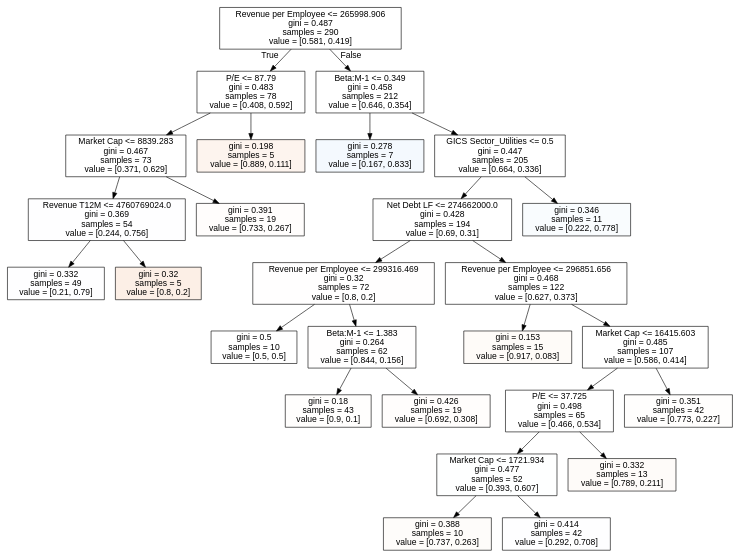
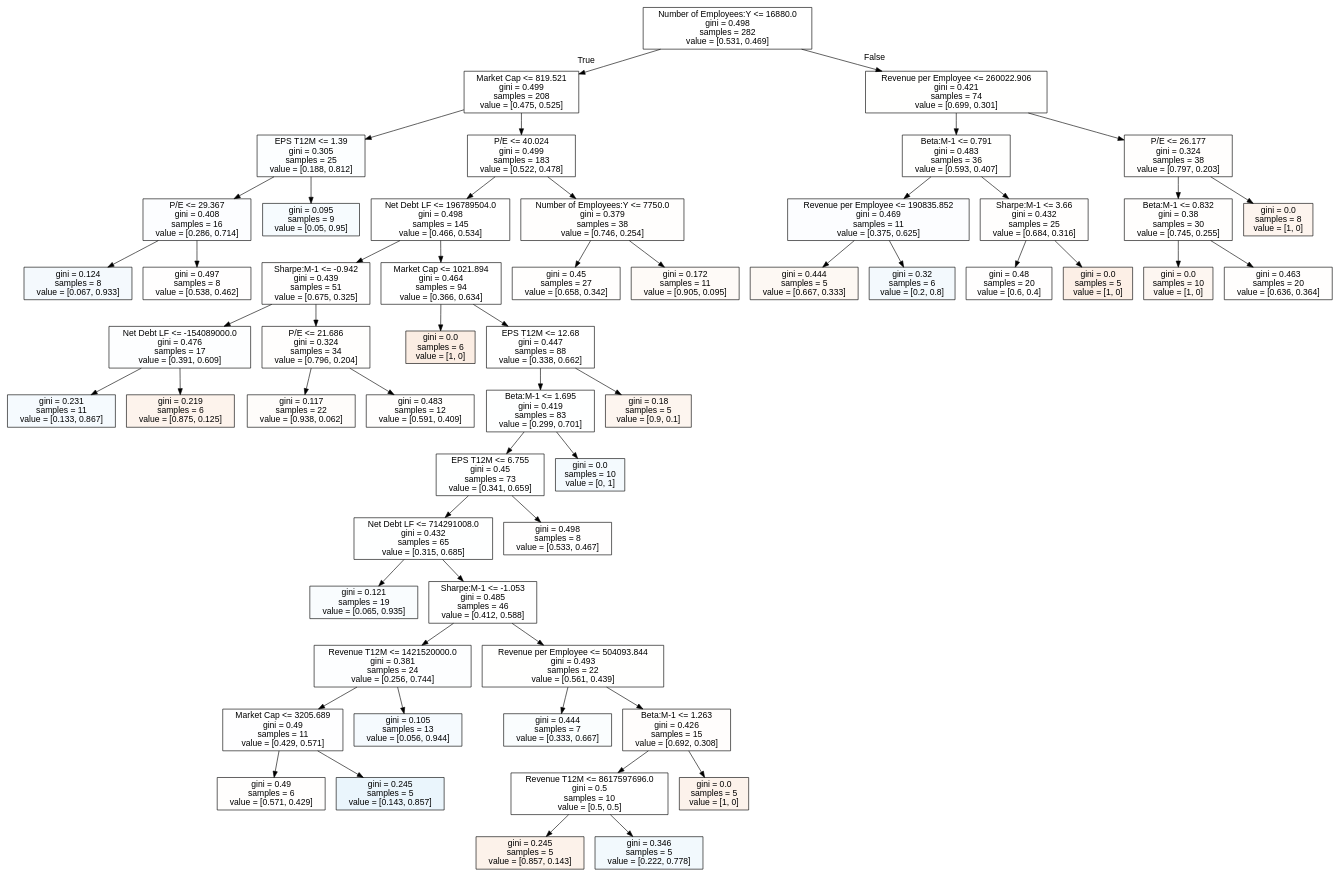
Before and after one commit to luca1308/Investigating_periods_of_increasing_interest_rates_for_the_S-P_1500: the diagram in trees/all_tree.dot, drawn with Graphviz. The commit also changed 106 other files, not shown here.

```diff
--- a/trees/all_tree.dot
+++ b/trees/all_tree.dot
@@ -1,57 +1,113 @@
 digraph Tree {
 node [shape=box, style="filled", color="black", fontname="helvetica"] ;
 edge [fontname="helvetica"] ;
-0 [label="Revenue per Employee <= 265998.906\ngini = 0.487\nsamples = 290\nvalue = [0.581, 0.419]", fillcolor="#ffffff"] ;
-1 [label="P/E <= 87.79\ngini = 0.483\nsamples = 78\nvalue = [0.408, 0.592]", fillcolor="#ffffff"] ;
+0 [label="Number of Employees:Y <= 16880.0\ngini = 0.498\nsamples = 282\nvalue = [0.531, 0.469]", fillcolor="#ffffff"] ;
+1 [label="Market Cap <= 819.521\ngini = 0.499\nsamples = 208\nvalue = [0.475, 0.525]", fillcolor="#ffffff"] ;
 0 -> 1 [labeldistance=2.5, labelangle=45, headlabel="True"] ;
-7 [label="Market Cap <= 8839.283\ngini = 0.467\nsamples = 73\nvalue = [0.371, 0.629]", fillcolor="#ffffff"] ;
-1 -> 7 ;
-9 [label="Revenue T12M <= 4760769024.0\ngini = 0.369\nsamples = 54\nvalue = [0.244, 0.756]", fillcolor="#fefeff"] ;
-7 -> 9 ;
-21 [label="gini = 0.332\nsamples = 49\nvalue = [0.21, 0.79]", fillcolor="#fefeff"] ;
-9 -> 21 ;
-22 [label="gini = 0.32\nsamples = 5\nvalue = [0.8, 0.2]", fillcolor="#fcefe6"] ;
-9 -> 22 ;
-10 [label="gini = 0.391\nsamples = 19\nvalue = [0.733, 0.267]", fillcolor="#fffdfc"] ;
-7 -> 10 ;
-8 [label="gini = 0.198\nsamples = 5\nvalue = [0.889, 0.111]", fillcolor="#fdf4ee"] ;
-1 -> 8 ;
-2 [label="Beta:M-1 <= 0.349\ngini = 0.458\nsamples = 212\nvalue = [0.646, 0.354]", fillcolor="#ffffff"] ;
+3 [label="EPS T12M <= 1.39\ngini = 0.305\nsamples = 25\nvalue = [0.188, 0.812]", fillcolor="#fcfeff"] ;
+1 -> 3 ;
+31 [label="P/E <= 29.367\ngini = 0.408\nsamples = 16\nvalue = [0.286, 0.714]", fillcolor="#fcfdff"] ;
+3 -> 31 ;
+33 [label="gini = 0.124\nsamples = 8\nvalue = [0.067, 0.933]", fillcolor="#f4f9fd"] ;
+31 -> 33 ;
+34 [label="gini = 0.497\nsamples = 8\nvalue = [0.538, 0.462]", fillcolor="#fffefe"] ;
+31 -> 34 ;
+32 [label="gini = 0.095\nsamples = 9\nvalue = [0.05, 0.95]", fillcolor="#f6fbfe"] ;
+3 -> 32 ;
+4 [label="P/E <= 40.024\ngini = 0.499\nsamples = 183\nvalue = [0.522, 0.478]", fillcolor="#ffffff"] ;
+1 -> 4 ;
+5 [label="Net Debt LF <= 196789504.0\ngini = 0.498\nsamples = 145\nvalue = [0.466, 0.534]", fillcolor="#ffffff"] ;
+4 -> 5 ;
+7 [label="Sharpe:M-1 <= -0.942\ngini = 0.439\nsamples = 51\nvalue = [0.675, 0.325]", fillcolor="#fffefe"] ;
+5 -> 7 ;
+13 [label="Net Debt LF <= -154089000.0\ngini = 0.476\nsamples = 17\nvalue = [0.391, 0.609]", fillcolor="#fdfeff"] ;
+7 -> 13 ;
+15 [label="gini = 0.231\nsamples = 11\nvalue = [0.133, 0.867]", fillcolor="#f5fafe"] ;
+13 -> 15 ;
+16 [label="gini = 0.219\nsamples = 6\nvalue = [0.875, 0.125]", fillcolor="#fdf3ec"] ;
+13 -> 16 ;
+14 [label="P/E <= 21.686\ngini = 0.324\nsamples = 34\nvalue = [0.796, 0.204]", fillcolor="#fffefd"] ;
+7 -> 14 ;
+19 [label="gini = 0.117\nsamples = 22\nvalue = [0.938, 0.062]", fillcolor="#fefcfa"] ;
+14 -> 19 ;
+20 [label="gini = 0.483\nsamples = 12\nvalue = [0.591, 0.409]", fillcolor="#fffefd"] ;
+14 -> 20 ;
+8 [label="Market Cap <= 1021.894\ngini = 0.464\nsamples = 94\nvalue = [0.366, 0.634]", fillcolor="#ffffff"] ;
+5 -> 8 ;
+9 [label="gini = 0.0\nsamples = 6\nvalue = [1, 0]", fillcolor="#fbede3"] ;
+8 -> 9 ;
+10 [label="EPS T12M <= 12.68\ngini = 0.447\nsamples = 88\nvalue = [0.338, 0.662]", fillcolor="#ffffff"] ;
+8 -> 10 ;
+11 [label="Beta:M-1 <= 1.695\ngini = 0.419\nsamples = 83\nvalue = [0.299, 0.701]", fillcolor="#feffff"] ;
+10 -> 11 ;
+17 [label="EPS T12M <= 6.755\ngini = 0.45\nsamples = 73\nvalue = [0.341, 0.659]", fillcolor="#feffff"] ;
+11 -> 17 ;
+35 [label="Net Debt LF <= 714291008.0\ngini = 0.432\nsamples = 65\nvalue = [0.315, 0.685]", fillcolor="#feffff"] ;
+17 -> 35 ;
+37 [label="gini = 0.121\nsamples = 19\nvalue = [0.065, 0.935]", fillcolor="#f9fcfe"] ;
+35 -> 37 ;
+38 [label="Sharpe:M-1 <= -1.053\ngini = 0.485\nsamples = 46\nvalue = [0.412, 0.588]", fillcolor="#ffffff"] ;
+35 -> 38 ;
+39 [label="Revenue T12M <= 1421520000.0\ngini = 0.381\nsamples = 24\nvalue = [0.256, 0.744]", fillcolor="#fdfeff"] ;
+38 -> 39 ;
+41 [label="Market Cap <= 3205.689\ngini = 0.49\nsamples = 11\nvalue = [0.429, 0.571]", fillcolor="#fefeff"] ;
+39 -> 41 ;
+49 [label="gini = 0.49\nsamples = 6\nvalue = [0.571, 0.429]", fillcolor="#fffefd"] ;
+41 -> 49 ;
+50 [label="gini = 0.245\nsamples = 5\nvalue = [0.143, 0.857]", fillcolor="#eaf5fc"] ;
+41 -> 50 ;
+42 [label="gini = 0.105\nsamples = 13\nvalue = [0.056, 0.944]", fillcolor="#f5fafe"] ;
+39 -> 42 ;
+40 [label="Revenue per Employee <= 504093.844\ngini = 0.493\nsamples = 22\nvalue = [0.561, 0.439]", fillcolor="#fffffe"] ;
+38 -> 40 ;
+43 [label="gini = 0.444\nsamples = 7\nvalue = [0.333, 0.667]", fillcolor="#fafdfe"] ;
+40 -> 43 ;
+44 [label="Beta:M-1 <= 1.263\ngini = 0.426\nsamples = 15\nvalue = [0.692, 0.308]", fillcolor="#fffdfc"] ;
+40 -> 44 ;
+45 [label="Revenue T12M <= 8617597696.0\ngini = 0.5\nsamples = 10\nvalue = [0.5, 0.5]", fillcolor="#ffffff"] ;
+44 -> 45 ;
+47 [label="gini = 0.245\nsamples = 5\nvalue = [0.857, 0.143]", fillcolor="#fcf2ea"] ;
+45 -> 47 ;
+48 [label="gini = 0.346\nsamples = 5\nvalue = [0.222, 0.778]", fillcolor="#f2f9fd"] ;
+45 -> 48 ;
+46 [label="gini = 0.0\nsamples = 5\nvalue = [1, 0]", fillcolor="#fcf2eb"] ;
+44 -> 46 ;
+36 [label="gini = 0.498\nsamples = 8\nvalue = [0.533, 0.467]", fillcolor="#fffefe"] ;
+17 -> 36 ;
+18 [label="gini = 0.0\nsamples = 10\nvalue = [0, 1]", fillcolor="#f4fafe"] ;
+11 -> 18 ;
+12 [label="gini = 0.18\nsamples = 5\nvalue = [0.9, 0.1]", fillcolor="#fdf5ef"] ;
+10 -> 12 ;
+6 [label="Number of Employees:Y <= 7750.0\ngini = 0.379\nsamples = 38\nvalue = [0.746, 0.254]", fillcolor="#fffefd"] ;
+4 -> 6 ;
+27 [label="gini = 0.45\nsamples = 27\nvalue = [0.658, 0.342]", fillcolor="#fffefd"] ;
+6 -> 27 ;
+28 [label="gini = 0.172\nsamples = 11\nvalue = [0.905, 0.095]", fillcolor="#fefaf7"] ;
+6 -> 28 ;
+2 [label="Revenue per Employee <= 260022.906\ngini = 0.421\nsamples = 74\nvalue = [0.699, 0.301]", fillcolor="#fffffe"] ;
 0 -> 2 [labeldistance=2.5, labelangle=-45, headlabel="False"] ;
-3 [label="gini = 0.278\nsamples = 7\nvalue = [0.167, 0.833]", fillcolor="#f4f9fe"] ;
-2 -> 3 ;
-4 [label="GICS Sector_Utilities <= 0.5\ngini = 0.447\nsamples = 205\nvalue = [0.664, 0.336]", fillcolor="#ffffff"] ;
-2 -> 4 ;
-5 [label="Net Debt LF <= 274662000.0\ngini = 0.428\nsamples = 194\nvalue = [0.69, 0.31]", fillcolor="#ffffff"] ;
-4 -> 5 ;
-11 [label="Revenue per Employee <= 299316.469\ngini = 0.32\nsamples = 72\nvalue = [0.8, 0.2]", fillcolor="#fffefe"] ;
-5 -> 11 ;
-23 [label="gini = 0.5\nsamples = 10\nvalue = [0.5, 0.5]", fillcolor="#ffffff"] ;
-11 -> 23 ;
-24 [label="Beta:M-1 <= 1.383\ngini = 0.264\nsamples = 62\nvalue = [0.844, 0.156]", fillcolor="#fffefe"] ;
-11 -> 24 ;
-25 [label="gini = 0.18\nsamples = 43\nvalue = [0.9, 0.1]", fillcolor="#fffefd"] ;
+21 [label="Beta:M-1 <= 0.791\ngini = 0.483\nsamples = 36\nvalue = [0.593, 0.407]", fillcolor="#fffffe"] ;
+2 -> 21 ;
+23 [label="Revenue per Employee <= 190835.852\ngini = 0.469\nsamples = 11\nvalue = [0.375, 0.625]", fillcolor="#fcfdff"] ;
+21 -> 23 ;
+29 [label="gini = 0.444\nsamples = 5\nvalue = [0.667, 0.333]", fillcolor="#fdf8f3"] ;
+23 -> 29 ;
+30 [label="gini = 0.32\nsamples = 6\nvalue = [0.2, 0.8]", fillcolor="#f3f9fd"] ;
+23 -> 30 ;
+24 [label="Sharpe:M-1 <= 3.66\ngini = 0.432\nsamples = 25\nvalue = [0.684, 0.316]", fillcolor="#fffefd"] ;
+21 -> 24 ;
+25 [label="gini = 0.48\nsamples = 20\nvalue = [0.6, 0.4]", fillcolor="#fffefe"] ;
 24 -> 25 ;
-26 [label="gini = 0.426\nsamples = 19\nvalue = [0.692, 0.308]", fillcolor="#fffdfc"] ;
+26 [label="gini = 0.0\nsamples = 5\nvalue = [1, 0]", fillcolor="#fcefe6"] ;
 24 -> 26 ;
-12 [label="Revenue per Employee <= 296851.656\ngini = 0.468\nsamples = 122\nvalue = [0.627, 0.373]", fillcolor="#ffffff"] ;
-5 -> 12 ;
-13 [label="gini = 0.153\nsamples = 15\nvalue = [0.917, 0.083]", fillcolor="#fefbf8"] ;
-12 -> 13 ;
-14 [label="Market Cap <= 16415.603\ngini = 0.485\nsamples = 107\nvalue = [0.586, 0.414]", fillcolor="#ffffff"] ;
-12 -> 14 ;
-15 [label="P/E <= 37.725\ngini = 0.498\nsamples = 65\nvalue = [0.466, 0.534]", fillcolor="#ffffff"] ;
-14 -> 15 ;
-17 [label="Market Cap <= 1721.934\ngini = 0.477\nsamples = 52\nvalue = [0.393, 0.607]", fillcolor="#feffff"] ;
-15 -> 17 ;
-19 [label="gini = 0.388\nsamples = 10\nvalue = [0.737, 0.263]", fillcolor="#fefcfa"] ;
-17 -> 19 ;
-20 [label="gini = 0.414\nsamples = 42\nvalue = [0.292, 0.708]", fillcolor="#fefeff"] ;
-17 -> 20 ;
-18 [label="gini = 0.332\nsamples = 13\nvalue = [0.789, 0.211]", fillcolor="#fefbf9"] ;
-15 -> 18 ;
-16 [label="gini = 0.351\nsamples = 42\nvalue = [0.773, 0.227]", fillcolor="#fffefd"] ;
-14 -> 16 ;
-6 [label="gini = 0.346\nsamples = 11\nvalue = [0.222, 0.778]", fillcolor="#f9fcfe"] ;
-4 -> 6 ;
+22 [label="P/E <= 26.177\ngini = 0.324\nsamples = 38\nvalue = [0.797, 0.203]", fillcolor="#fffefd"] ;
+2 -> 22 ;
+51 [label="Beta:M-1 <= 0.832\ngini = 0.38\nsamples = 30\nvalue = [0.745, 0.255]", fillcolor="#fffefd"] ;
+22 -> 51 ;
+53 [label="gini = 0.0\nsamples = 10\nvalue = [1, 0]", fillcolor="#fdf6f1"] ;
+51 -> 53 ;
+54 [label="gini = 0.463\nsamples = 20\nvalue = [0.636, 0.364]", fillcolor="#fffefd"] ;
+51 -> 54 ;
+52 [label="gini = 0.0\nsamples = 8\nvalue = [1, 0]", fillcolor="#fdf4ee"] ;
+22 -> 52 ;
 }
```
